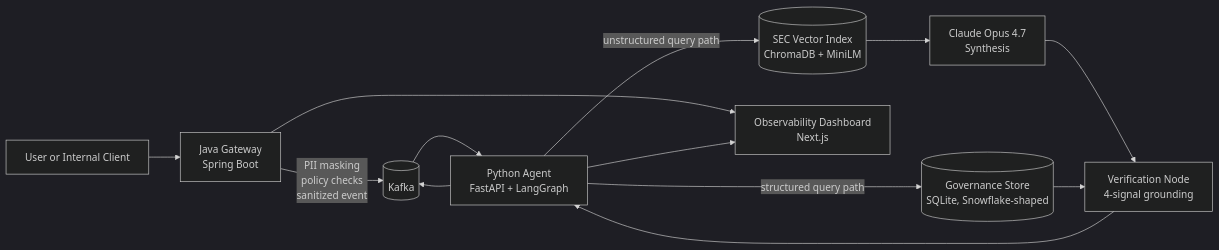
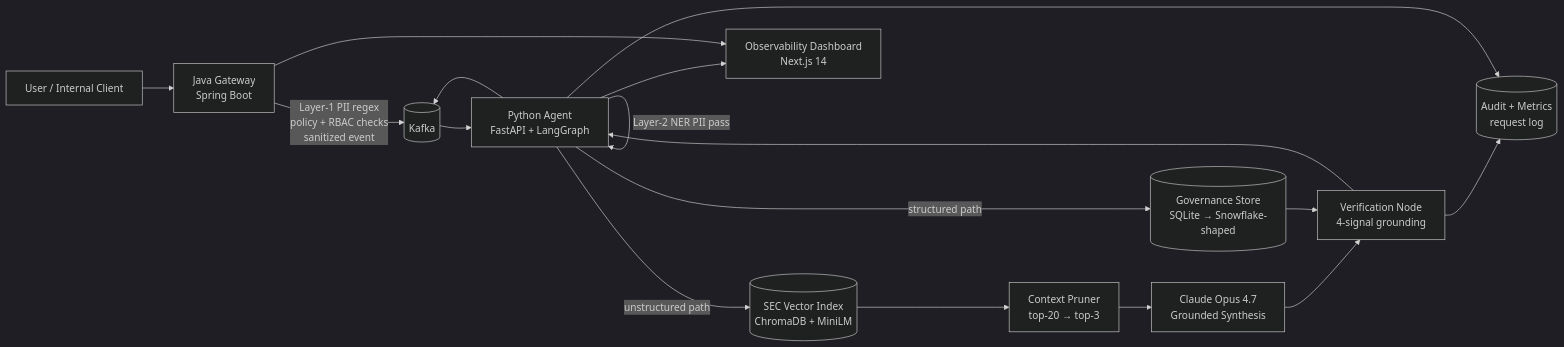
Before and after one commit to JCHETAN26/Omni-Graph: the diagram in README.md, drawn with Mermaid (dark theme). The commit also changed other lines of this file and 8 other files, not shown here.

First line of the commit message:
Add context pruning, request-metrics persistence, and load testing

````diff
--- a/README.md
+++ b/README.md
@@ -43,25 +79,31 @@
 ```mermaid
 flowchart LR
-    U[User or Internal Client]
+    U[User / Internal Client]
     G[Java Gateway<br/>Spring Boot]
     K[(Kafka)]
     A[Python Agent<br/>FastAPI + LangGraph]
     V[(SEC Vector Index<br/>ChromaDB + MiniLM)]
-    S[(Governance Store<br/>SQLite, Snowflake-shaped)]
-    L[Claude Opus 4.7<br/>Synthesis]
+    S[(Governance Store<br/>SQLite → Snowflake-shaped)]
+    P[Context Pruner<br/>top-20 → top-3]
+    L[Claude Opus 4.7<br/>Grounded Synthesis]
     X[Verification Node<br/>4-signal grounding]
-    D[Observability Dashboard<br/>Next.js]
+    M[(Audit + Metrics<br/>request log)]
+    D[Observability Dashboard<br/>Next.js 14]
 
     U --> G
-    G -->|PII masking<br/>policy checks<br/>sanitized event| K
+    G -->|Layer-1 PII regex<br/>policy + RBAC checks<br/>sanitized event| K
     K --> A
-    A -->|unstructured query path| V
-    A -->|structured query path| S
-    V --> L
+    A -->|Layer-2 NER PII pass| A
+    A -->|unstructured path| V
+    A -->|structured path| S
+    V --> P
+    P --> L
     L --> X
     S --> X
+    X --> M
     X --> A
     A --> K
+    A --> D
+    A --> M
     G --> D
-    A --> D
 ```
````
